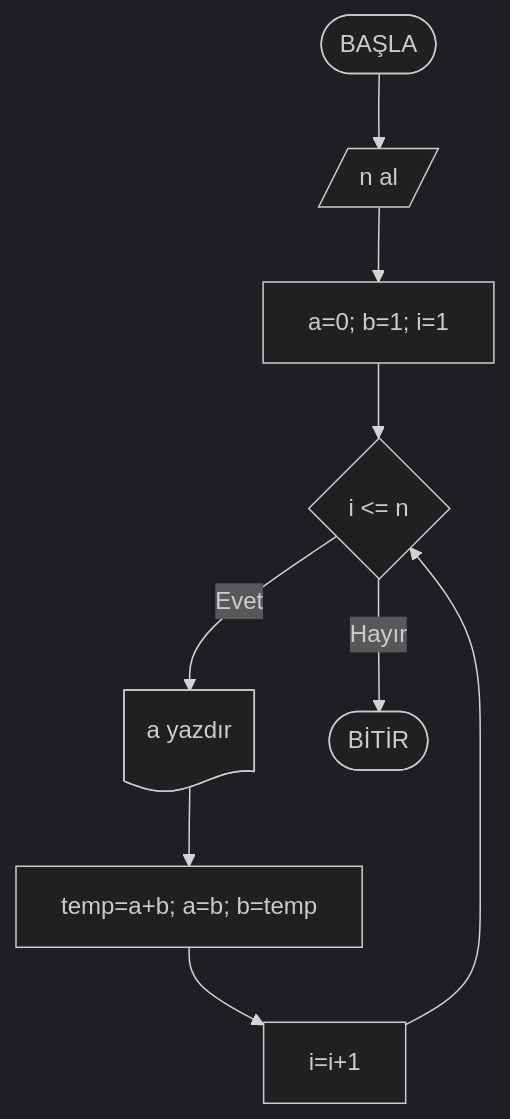
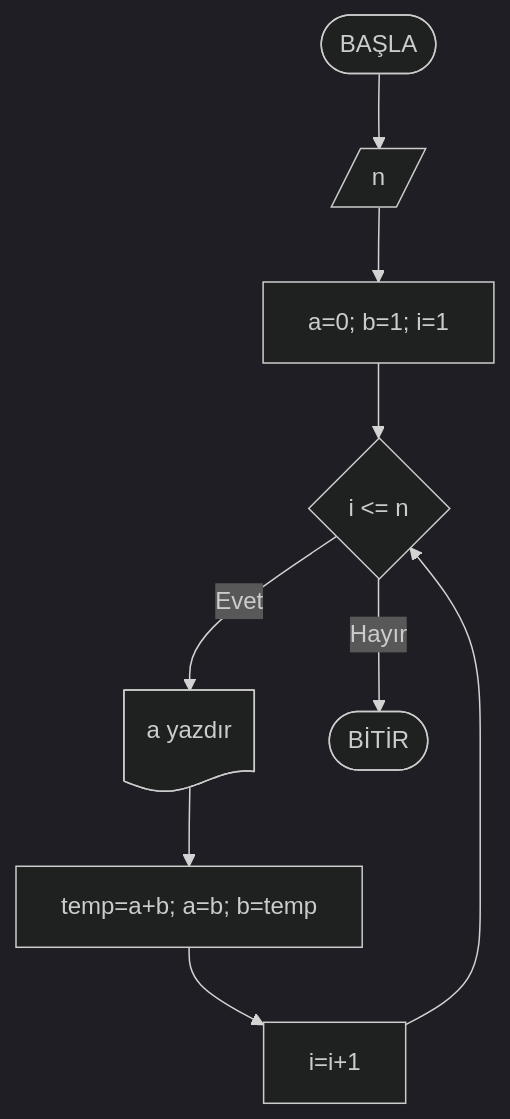
One commit to ibrahimayaz/Algoritma-ve-Programlamaya-Giris-2025 changed the fifth of 10 diagrams in Hafta02/ders_icerik.md. Above: the diagram before and after it, drawn with Mermaid (dark theme). The commit also changed other lines of this file, not shown here.

````diff
--- a/Hafta02/ders_icerik.md
+++ b/Hafta02/ders_icerik.md
@@ -518,7 +503,7 @@
 ```mermaid
 flowchart TD
-  start([BAŞLA]) --> nin[/n al/] --> init[a=0; b=1; i=1]
+  start([BAŞLA]) --> nin[/n/] --> init[a=0; b=1; i=1]
   init --> loop{i <= n}
   loop -- Evet --> out@{ shape: doc, label: "a yazdır" } --> step[temp=a+b; a=b; b=temp] --> inc[i=i+1] --> loop
   loop -- Hayır --> endNode([BİTİR])
 ```
````
